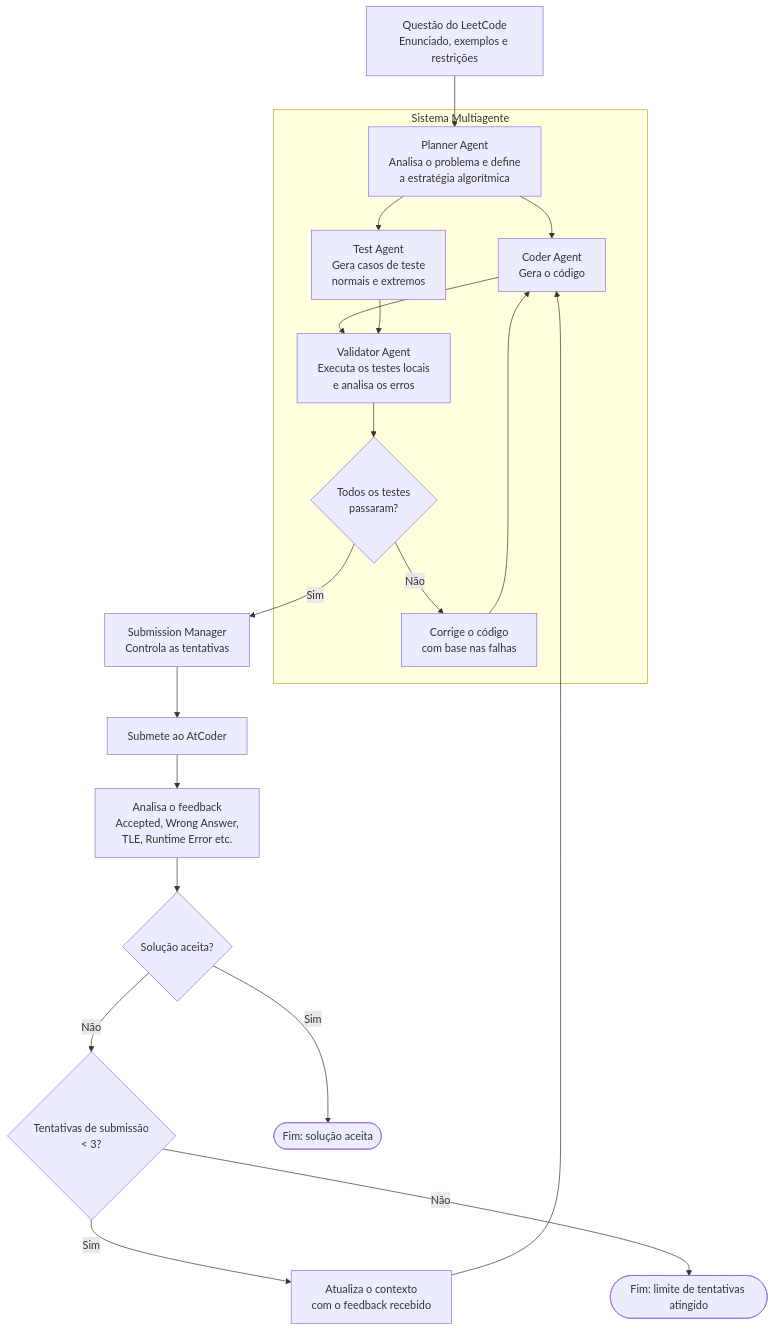
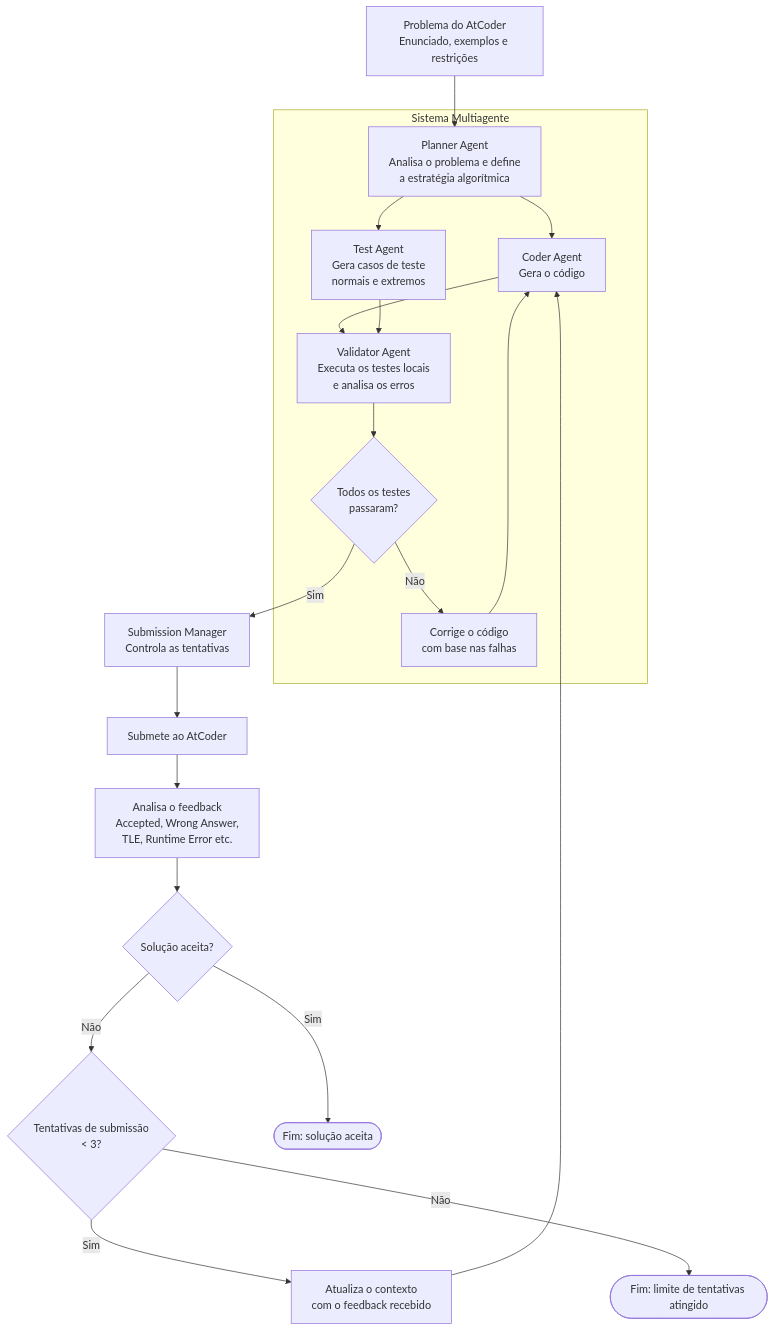
One commit to joaopbmarins/TAES-AtCoder-Vs-LLM changed the diagram in README.md. Above: the diagram before and after it, drawn with Mermaid. The commit also changed other lines of this file and 6 other files, not shown here.

````diff
--- a/README.md
+++ b/README.md
@@ -70,41 +74,41 @@
 ```mermaid
 flowchart TD
-    A["Questão do LeetCode<br/>Enunciado, exemplos e restrições"]
+    A["Problema do AtCoder<br/>Enunciado, exemplos e restrições"]
 
     subgraph AG["Sistema Multiagente"]
         B["Planner Agent<br/>Analisa o problema e define<br/>a estratégia algorítmica"]
         C["Coder Agent<br/>Gera o código"]
         D["Test Agent<br/>Gera casos de teste<br/>normais e extremos"]
         E["Validator Agent<br/>Executa os testes locais<br/>e analisa os erros"]
         F{"Todos os testes<br/>passaram?"}
         G["Corrige o código<br/>com base nas falhas"]
 
         B --> C
         B --> D
         C --> E
         D --> E
         E --> F
         F -- "Não" --> G
         G --> C
     end
 
     H["Submission Manager<br/>Controla as tentativas"]
     I["Submete ao AtCoder"]
     J["Analisa o feedback<br/>Accepted, Wrong Answer,<br/>TLE, Runtime Error etc."]
     K{"Solução aceita?"}
     L{"Tentativas de submissão<br/>< 3?"}
     M["Atualiza o contexto<br/>com o feedback recebido"]
     N(["Fim: solução aceita"])
     O(["Fim: limite de tentativas atingido"])
 
     A --> B
     F -- "Sim" --> H
     H --> I
     I --> J
     J --> K
     K -- "Sim" --> N
     K -- "Não" --> L
     L -- "Sim" --> M
     M --> C
     L -- "Não" --> O
 ```
````
